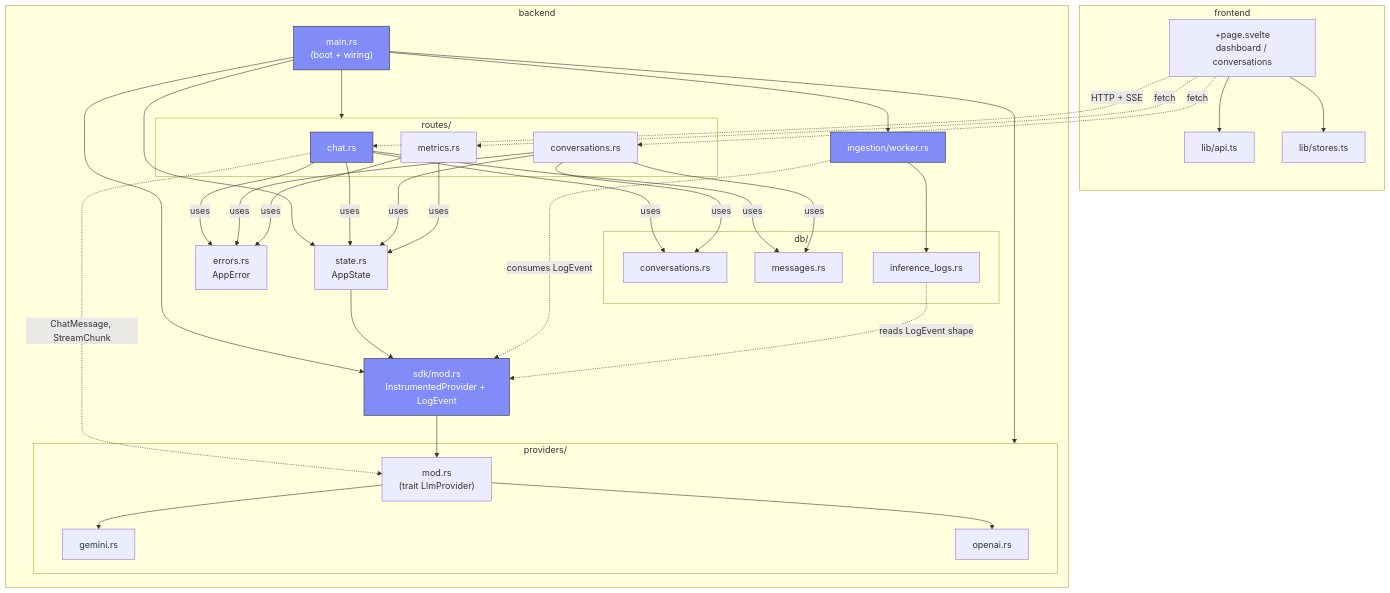
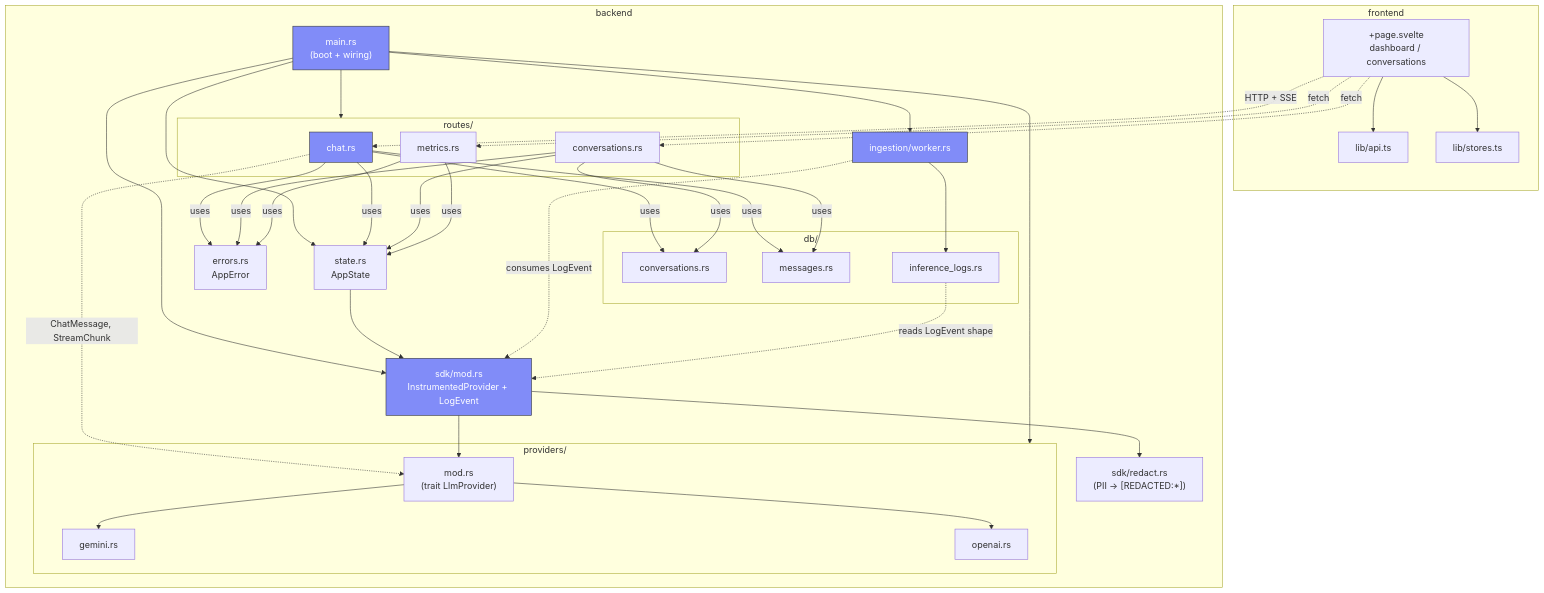
One commit to pratikjuspay/inferwatch changed the first of 3 diagrams in FILE_MAP.md. Above: the diagram before and after it, drawn with Mermaid. The commit also changed other lines of this file and 7 other files, not shown here.

First line of the commit message:
feat(security): PII redaction in SDK preview pipeline + docs refresh

````diff
--- a/FILE_MAP.md
+++ b/FILE_MAP.md
@@ -9,64 +9,66 @@
 ```mermaid
 graph TD
     subgraph frontend
         UI["+page.svelte<br/>dashboard / conversations"]
         API["lib/api.ts"]
         STORES["lib/stores.ts"]
         UI --> API
         UI --> STORES
     end
 
     subgraph backend
         MAIN["main.rs<br/>(boot + wiring)"]
         STATE["state.rs<br/>AppState"]
         ERR["errors.rs<br/>AppError"]
 
         subgraph routes/
             CHAT["chat.rs"]
             CONV["conversations.rs"]
             METR["metrics.rs"]
         end
 
         subgraph db/
             DBC["conversations.rs"]
             DBM["messages.rs"]
             DBL["inference_logs.rs"]
         end
 
         subgraph providers/
             PMOD["mod.rs<br/>(trait LlmProvider)"]
             GEM["gemini.rs"]
             OAI["openai.rs"]
         end
 
         SDK["sdk/mod.rs<br/>InstrumentedProvider + LogEvent"]
+        RED["sdk/redact.rs<br/>(PII → [REDACTED:*])"]
         WORK["ingestion/worker.rs"]
 
         MAIN --> STATE
         MAIN --> SDK
         MAIN --> providers/
         MAIN --> routes/
         MAIN --> WORK
 
         STATE --> SDK
         CHAT -->|uses| STATE
         CHAT -->|uses| ERR
         CHAT -->|uses| DBC
         CHAT -->|uses| DBM
         CHAT -.->|"ChatMessage, StreamChunk"| PMOD
         CONV -->|uses| STATE & ERR & DBC & DBM
         METR -->|uses| STATE & ERR
 
         SDK --> PMOD
+        SDK --> RED
         PMOD --> GEM & OAI
         WORK -.->|"consumes LogEvent"| SDK
         WORK --> DBL
         DBL -.->|"reads LogEvent shape"| SDK
     end
 
     UI -.->|"HTTP + SSE"| CHAT
     UI -.->|"fetch"| CONV & METR
 
     classDef hot fill:#818cf8,stroke:#333,color:#fff
     class MAIN,CHAT,SDK,WORK hot
 ```
````
